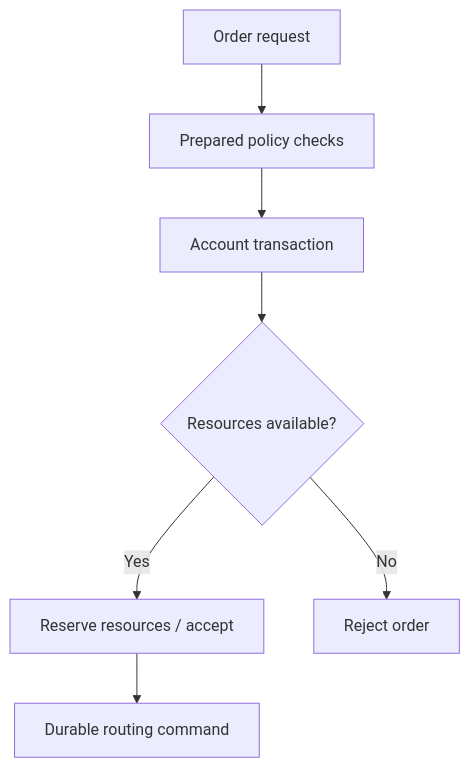
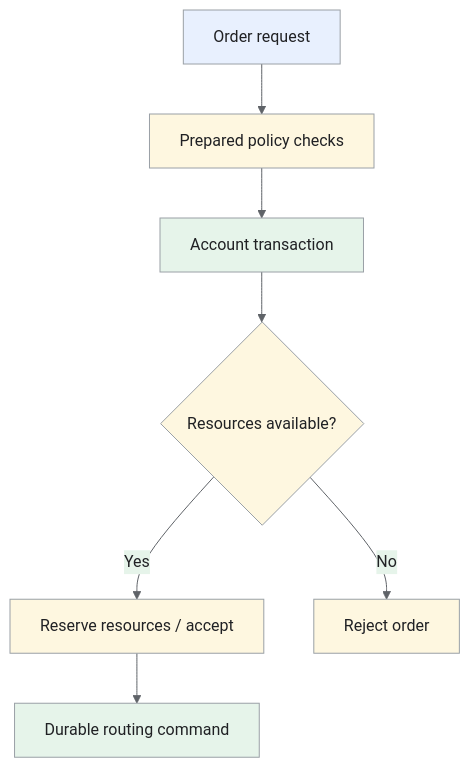
One commit to iliazlobin/iliazlobin.github.io changed the fourth of 4 diagrams in _designs/system-design-stock-trading-platform.md. Above: the diagram before and after it, drawn with Mermaid. The commit also changed other lines of this file and 25 other files, not shown here.

Commit message:
docs: explain Batch B design flows and tradeoffs

````diff
--- a/_designs/system-design-stock-trading-platform.md
+++ b/_designs/system-design-stock-trading-platform.md
@@ -268,9 +331,17 @@
 ```mermaid
+%%{init: {'theme':'base','themeVariables':{'primaryColor':'#e8f0fe','primaryTextColor':'#202124','primaryBorderColor':'#9aa0a6','lineColor':'#5f6368','secondaryColor':'#e6f4ea','tertiaryColor':'#fef7e0','actorBkg':'#e8f0fe','actorBorder':'#9aa0a6','actorTextColor':'#202124','noteBkgColor':'#fef7e0','noteTextColor':'#202124','noteBorderColor':'#9aa0a6','signalColor':'#5f6368','signalTextColor':'#202124','labelBoxBkgColor':'#fef7e0','labelBoxBorderColor':'#9aa0a6'}}}%%
 flowchart TB
   O[Order request] --> P[Prepared policy checks]
   P --> T[Account transaction]
   T --> C{Resources available?}
   C -->|Yes| A[Reserve resources / accept]
   C -->|No| R[Reject order]
   A --> D[Durable routing command]
+classDef request fill:#e8f0fe,stroke:#9aa0a6,color:#202124;
+classDef data fill:#e6f4ea,stroke:#9aa0a6,color:#202124;
+classDef control fill:#fef7e0,stroke:#9aa0a6,color:#202124;
+class O request;
+class T,D data;
+class P,C,A,R control;
+
 ```
````
